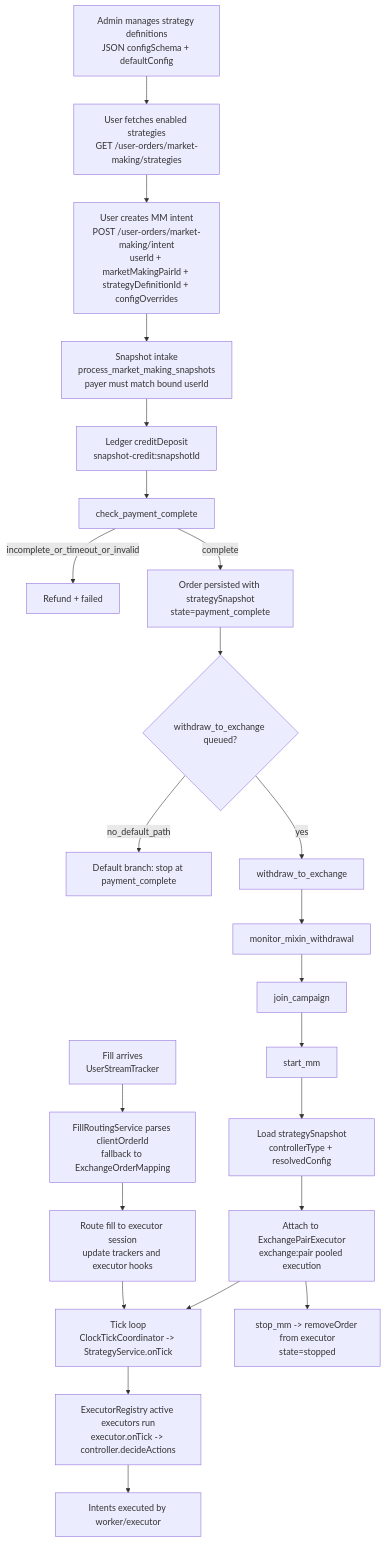
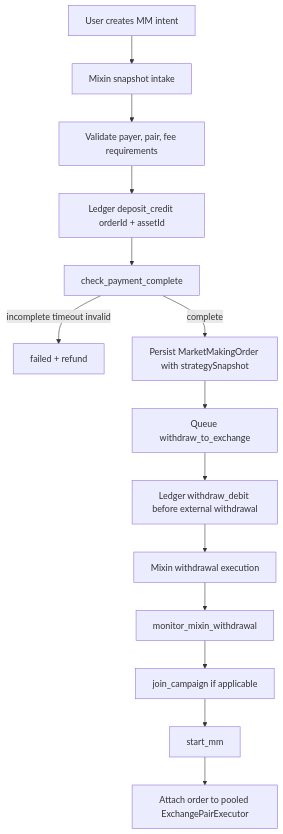
One commit to zed-wong/Mr.Market changed the first of 3 diagrams in docs/architecture/market-making-flow.md. Above: the diagram before and after it, drawn with Mermaid. The commit also changed other lines of this file and 10 other files, not shown here.

First line of the commit message:
Document adaptive PMM architecture

````diff
--- a/docs/architecture/market-making-flow.md
+++ b/docs/architecture/market-making-flow.md
@@ -49,49 +94,16 @@
 ```mermaid
 flowchart TD
-  A[Admin manages strategy definitions<br/>JSON configSchema + defaultConfig]
-  B[User fetches enabled strategies<br/>GET /user-orders/market-making/strategies]
-  C[User creates MM intent<br/>POST /user-orders/market-making/intent<br/>userId + marketMakingPairId + strategyDefinitionId + configOverrides]
-  D[Snapshot intake<br/>process_market_making_snapshots<br/>payer must match bound userId]
-  E[Ledger creditDeposit<br/>snapshot-credit:snapshotId]
-  F[check_payment_complete]
-  G[Refund + failed]
-  H[Order persisted with strategySnapshot<br/>state=payment_complete]
-  I{withdraw_to_exchange queued?}
-  J[Default branch: stop at payment_complete]
-  K[withdraw_to_exchange]
-  L[monitor_mixin_withdrawal]
-  M[join_campaign]
-  N[start_mm]
-  O[Load strategySnapshot<br/>controllerType + resolvedConfig]
-  P[Attach to ExchangePairExecutor<br/>exchange:pair pooled execution]
-  Q[Tick loop<br/>ClockTickCoordinator -> StrategyService.onTick]
-  R[ExecutorRegistry active executors run<br/>executor.onTick -> controller.decideActions]
-  S[Intents executed by worker/executor]
-  T[Fill arrives<br/>UserStreamTracker]
-  U[FillRoutingService parses clientOrderId<br/>fallback to ExchangeOrderMapping]
-  V[Route fill to executor session<br/>update trackers and executor hooks]
-  W[stop_mm -> removeOrder from executor<br/>state=stopped]
-
-  A --> B
-  B --> C
-  C --> D
-  D --> E
-  E --> F
-  F -->|incomplete_or_timeout_or_invalid| G
-  F -->|complete| H
-  H --> I
-  I -->|no_default_path| J
-  I -->|yes| K
-  K --> L
-  L --> M
-  M --> N
-  N --> O
-  O --> P
-  P --> Q
-  Q --> R
-  R --> S
-  T --> U
-  U --> V
-  V --> Q
-  P --> W
+  A[User creates MM intent] --> B[Mixin snapshot intake]
+  B --> C[Validate payer, pair, fee requirements]
+  C --> D[Ledger deposit_credit orderId + assetId]
+  D --> E[check_payment_complete]
+  E -->|incomplete timeout invalid| F[failed + refund]
+  E -->|complete| G[Persist MarketMakingOrder with strategySnapshot]
+  G --> H[Queue withdraw_to_exchange]
+  H --> I[Ledger withdraw_debit before external withdrawal]
+  I --> J[Mixin withdrawal execution]
+  J --> K[monitor_mixin_withdrawal]
+  K --> L[join_campaign if applicable]
+  L --> M[start_mm]
+  M --> N[Attach order to pooled ExchangePairExecutor]
 ```
````
